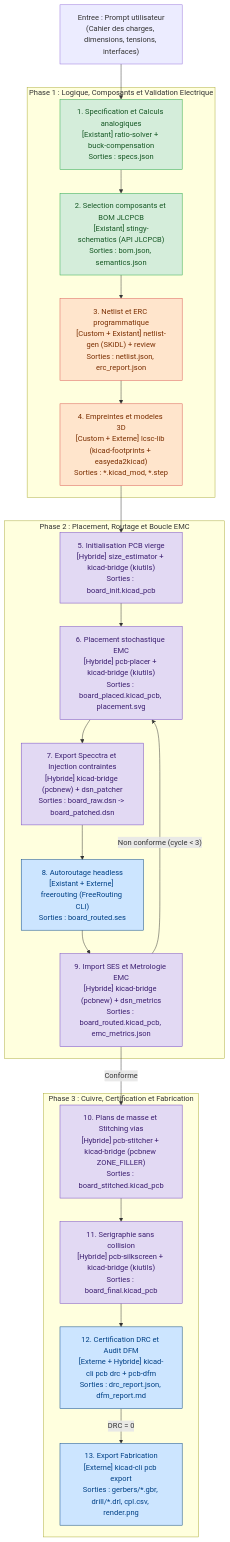
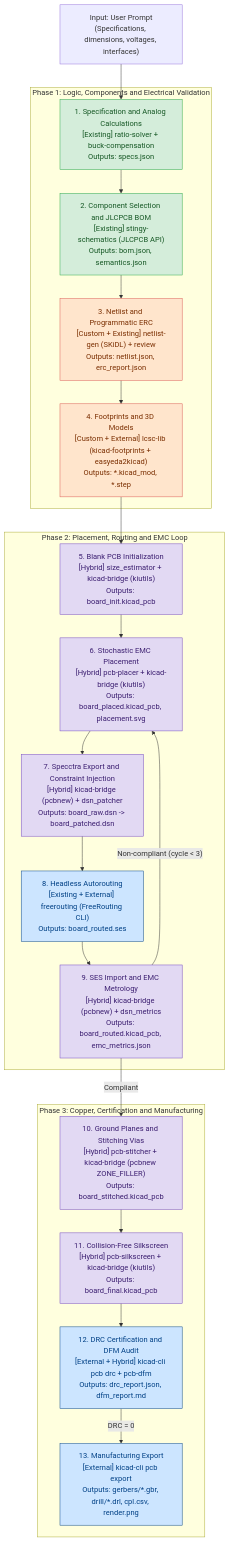
Before and after one commit to nitrogene/OpenHVAC-ESP32: the diagram in whatif.md, drawn with Mermaid. The commit also changed other lines of this file, not shown here.

````diff
--- a/whatif.md
+++ b/whatif.md
@@ -36,40 +36,40 @@
 ```mermaid
 flowchart TD
     classDef existant fill:#d4edda,stroke:#28a745,color:#155724
     classDef externe fill:#cce5ff,stroke:#004085,color:#004085
     classDef custom fill:#ffe5cc,stroke:#d9534f,color:#7a2e00
     classDef hybride fill:#e2d9f3,stroke:#6f42c1,color:#3b1e70
 
-    IN_P["Entree : Prompt utilisateur\n(Cahier des charges, dimensions, tensions, interfaces)"]
+    IN_P["Input: User Prompt\n(Specifications, dimensions, voltages, interfaces)"]
 
-    subgraph P1["Phase 1 : Logique, Composants et Validation Electrique"]
-        E1["1. Specification et Calculs analogiques\n[Existant] ratio-solver + buck-compensation\nSorties : specs.json"]:::existant
-        E2["2. Selection composants et BOM JLCPCB\n[Existant] stingy-schematics (API JLCPCB)\nSorties : bom.json, semantics.json"]:::existant
-        E3["3. Netlist et ERC programmatique\n[Custom + Existant] netlist-gen (SKiDL) + review\nSorties : netlist.json, erc_report.json"]:::custom
-        E4["4. Empreintes et modeles 3D\n[Custom + Externe] lcsc-lib (kicad-footprints + easyeda2kicad)\nSorties : *.kicad_mod, *.step"]:::custom
+    subgraph P1["Phase 1: Logic, Components and Electrical Validation"]
+        E1["1. Specification and Analog Calculations\n[Existing] ratio-solver + buck-compensation\nOutputs: specs.json"]:::existant
+        E2["2. Component Selection and JLCPCB BOM\n[Existing] stingy-schematics (JLCPCB API)\nOutputs: bom.json, semantics.json"]:::existant
+        E3["3. Netlist and Programmatic ERC\n[Custom + Existing] netlist-gen (SKiDL) + review\nOutputs: netlist.json, erc_report.json"]:::custom
+        E4["4. Footprints and 3D Models\n[Custom + External] lcsc-lib (kicad-footprints + easyeda2kicad)\nOutputs: *.kicad_mod, *.step"]:::custom
         E1 --> E2 --> E3 --> E4
     end
 
-    subgraph P2["Phase 2 : Placement, Routage et Boucle EMC"]
-        E5["5. Initialisation PCB vierge\n[Hybride] size_estimator + kicad-bridge (kiutils)\nSorties : board_init.kicad_pcb"]:::hybride
-        E6["6. Placement stochastique EMC\n[Hybride] pcb-placer + kicad-bridge (kiutils)\nSorties : board_placed.kicad_pcb, placement.svg"]:::hybride
-        E7["7. Export Specctra et Injection contraintes\n[Hybride] kicad-bridge (pcbnew) + dsn_patcher\nSorties : board_raw.dsn -> board_patched.dsn"]:::hybride
-        E8["8. Autoroutage headless\n[Existant + Externe] freerouting (FreeRouting CLI)\nSorties : board_routed.ses"]:::externe
-        E9["9. Import SES et Metrologie EMC\n[Hybride] kicad-bridge (pcbnew) + dsn_metrics\nSorties : board_routed.kicad_pcb, emc_metrics.json"]:::hybride
+    subgraph P2["Phase 2: Placement, Routing and EMC Loop"]
+        E5["5. Blank PCB Initialization\n[Hybrid] size_estimator + kicad-bridge (kiutils)\nOutputs: board_init.kicad_pcb"]:::hybride
+        E6["6. Stochastic EMC Placement\n[Hybrid] pcb-placer + kicad-bridge (kiutils)\nOutputs: board_placed.kicad_pcb, placement.svg"]:::hybride
+        E7["7. Specctra Export and Constraint Injection\n[Hybrid] kicad-bridge (pcbnew) + dsn_patcher\nOutputs: board_raw.dsn -> board_patched.dsn"]:::hybride
+        E8["8. Headless Autorouting\n[Existing + External] freerouting (FreeRouting CLI)\nOutputs: board_routed.ses"]:::externe
+        E9["9. SES Import and EMC Metrology\n[Hybrid] kicad-bridge (pcbnew) + dsn_metrics\nOutputs: board_routed.kicad_pcb, emc_metrics.json"]:::hybride
         E5 --> E6 --> E7 --> E8 --> E9
-        E9 -->|"Non conforme (cycle < 3)"| E6
+        E9 -->|"Non-compliant (cycle < 3)"| E6
     end
 
-    subgraph P3["Phase 3 : Cuivre, Certification et Fabrication"]
-        E10["10. Plans de masse et Stitching vias\n[Hybride] pcb-stitcher + kicad-bridge (pcbnew ZONE_FILLER)\nSorties : board_stitched.kicad_pcb"]:::hybride
-        E11["11. Serigraphie sans collision\n[Hybride] pcb-silkscreen + kicad-bridge (kiutils)\nSorties : board_final.kicad_pcb"]:::hybride
-        E12["12. Certification DRC et Audit DFM\n[Externe + Hybride] kicad-cli pcb drc + pcb-dfm\nSorties : drc_report.json, dfm_report.md"]:::externe
-        E13["13. Export Fabrication\n[Externe] kicad-cli pcb export\nSorties : gerbers/*.gbr, drill/*.drl, cpl.csv, render.png"]:::externe
+    subgraph P3["Phase 3: Copper, Certification and Manufacturing"]
+        E10["10. Ground Planes and Stitching Vias\n[Hybrid] pcb-stitcher + kicad-bridge (pcbnew ZONE_FILLER)\nOutputs: board_stitched.kicad_pcb"]:::hybride
+        E11["11. Collision-Free Silkscreen\n[Hybrid] pcb-silkscreen + kicad-bridge (kiutils)\nOutputs: board_final.kicad_pcb"]:::hybride
+        E12["12. DRC Certification and DFM Audit\n[External + Hybrid] kicad-cli pcb drc + pcb-dfm\nOutputs: drc_report.json, dfm_report.md"]:::externe
+        E13["13. Manufacturing Export\n[External] kicad-cli pcb export\nOutputs: gerbers/*.gbr, drill/*.drl, cpl.csv, render.png"]:::externe
         E10 --> E11 --> E12
         E12 -->|"DRC = 0"| E13
     end
 
     IN_P --> E1
     E4 --> E5
-    E9 -->|"Conforme"| E10
+    E9 -->|"Compliant"| E10
 ```
````
